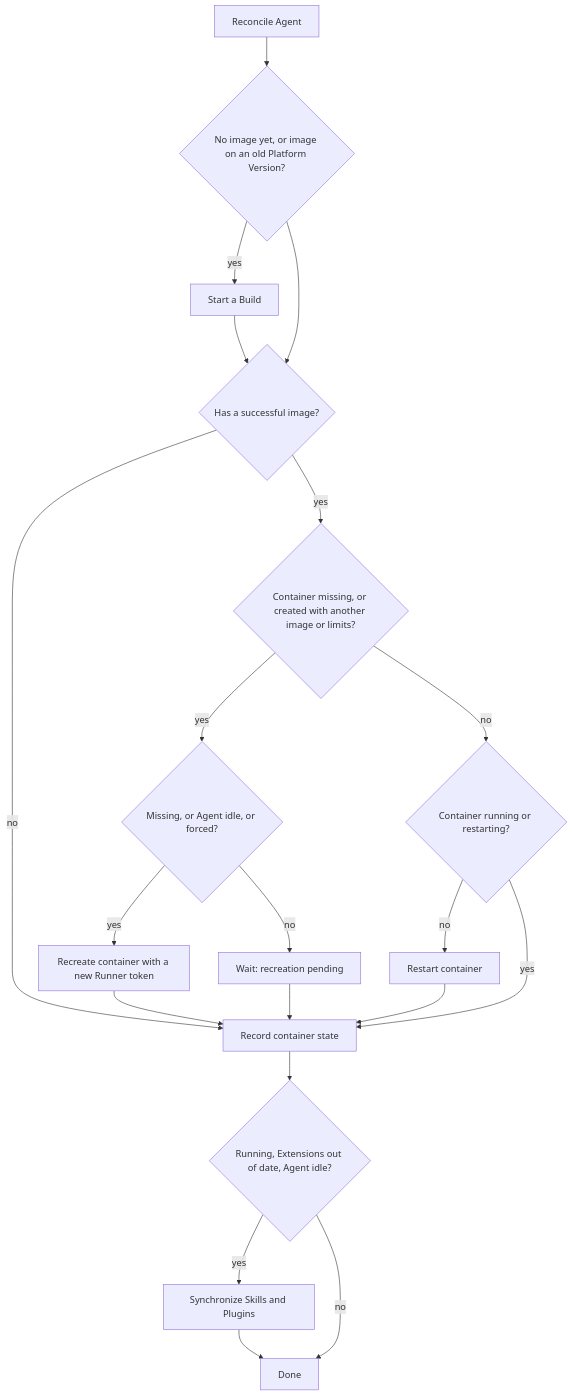
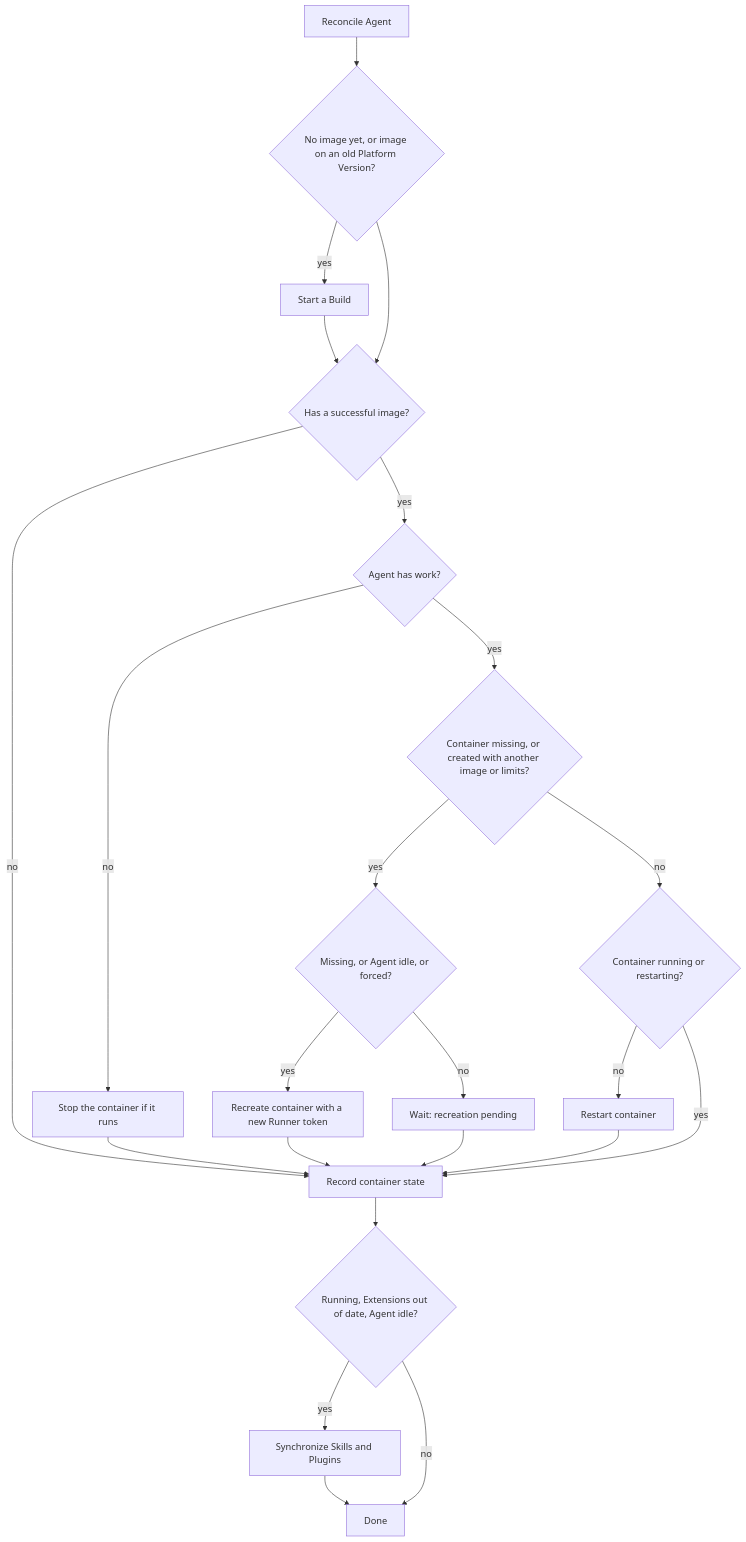
One commit to mceck/claude-task changed the third of 7 diagrams in docs/specs/agents.md. Above: the diagram before and after it, drawn with Mermaid. The commit also changed other lines of this file and 11 other files, not shown here.

First line of the commit message:
Stop Agent Containers that have no work

````diff
--- a/docs/specs/agents.md
+++ b/docs/specs/agents.md
@@ -246,22 +246,25 @@
 ```mermaid
 flowchart TD
   S[Reconcile Agent] --> N{No image yet, or image on an old Platform Version?}
   N -- yes --> B[Start a Build]
   N --> Q{Has a successful image?}
   B --> Q
   Q -- no --> R[Record container state]
-  Q -- yes --> M{Container missing, or created with another image or limits?}
+  Q -- yes --> W{Agent has work?}
+  W -- no --> Z[Stop the container if it runs]
+  Z --> R
+  W -- yes --> M{Container missing, or created with another image or limits?}
   M -- yes --> J{Missing, or Agent idle, or forced?}
   J -- yes --> C[Recreate container with a new Runner token]
   J -- no --> P[Wait: recreation pending]
   M -- no --> U{Container running or restarting?}
   U -- no --> T[Restart container]
   U -- yes --> R
   C --> R
   T --> R
   P --> R
   R --> E{Running, Extensions out of date, Agent idle?}
   E -- yes --> X[Synchronize Skills and Plugins]
   E -- no --> K[Done]
   X --> K
 ```
````
